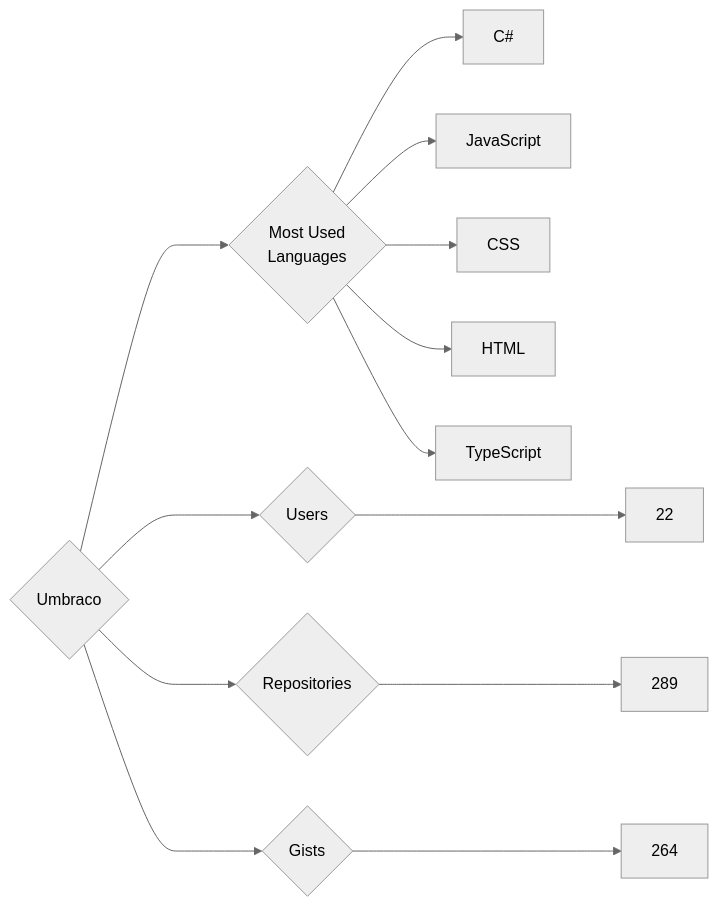
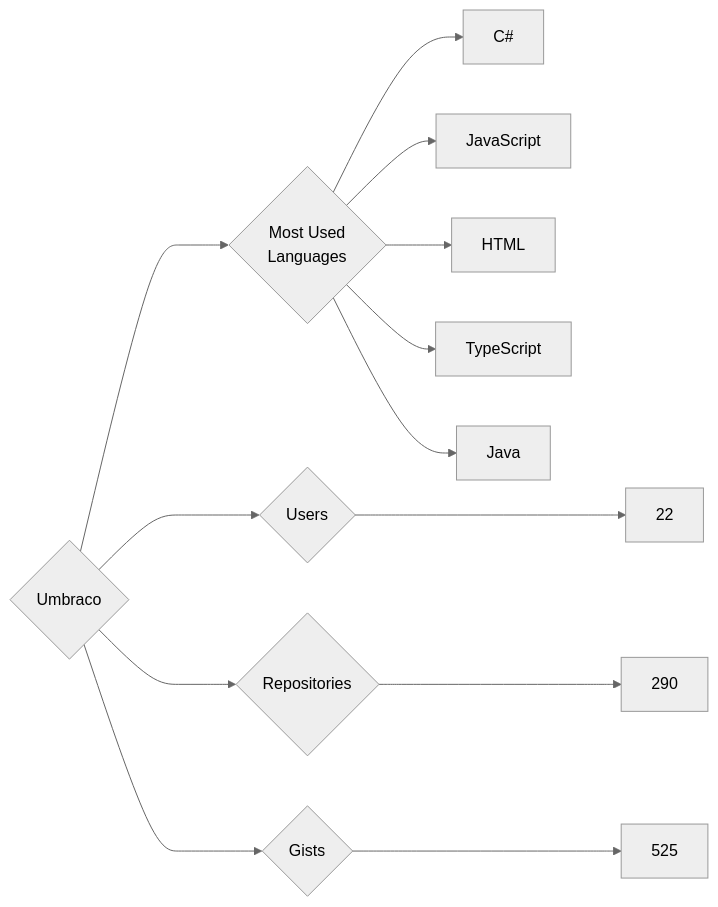
One commit to trickest/insiders changed the diagram in targets/Umbraco/README.md. Above: the diagram before and after it, drawn with Mermaid (neutral theme). The commit also changed 860 other files, not shown here.

````diff
--- a/targets/Umbraco/README.md
+++ b/targets/Umbraco/README.md
@@ -3,13 +3,13 @@
 ```mermaid
 graph LR
 COMPANY_NAME{Umbraco}
 COMPANY_NAME ---> U{Users} ---> UN[22]
-COMPANY_NAME ---> R{Repositories} ---> RN[289]
-COMPANY_NAME ---> G{Gists} ---> GN[264]
+COMPANY_NAME ---> R{Repositories} ---> RN[290]
+COMPANY_NAME ---> G{Gists} ---> GN[525]
 COMPANY_NAME ---> ML{Most Used<br>Languages}
 ML --> C#[C#]
 ML --> JavaScript[JavaScript]
-ML --> CSS[CSS]
 ML --> HTML[HTML]
 ML --> TypeScript[TypeScript]
+ML --> Java[Java]
 ```
````
